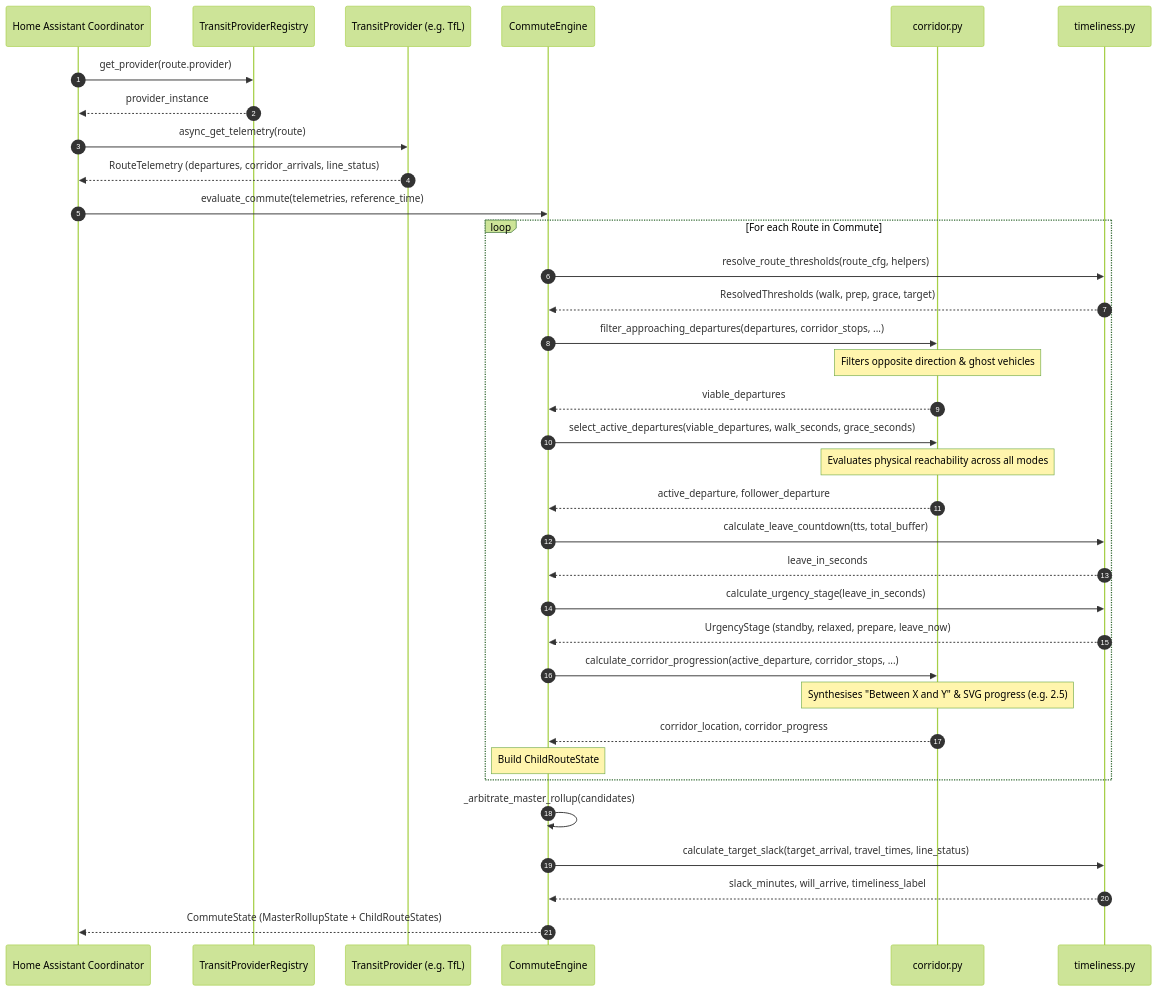
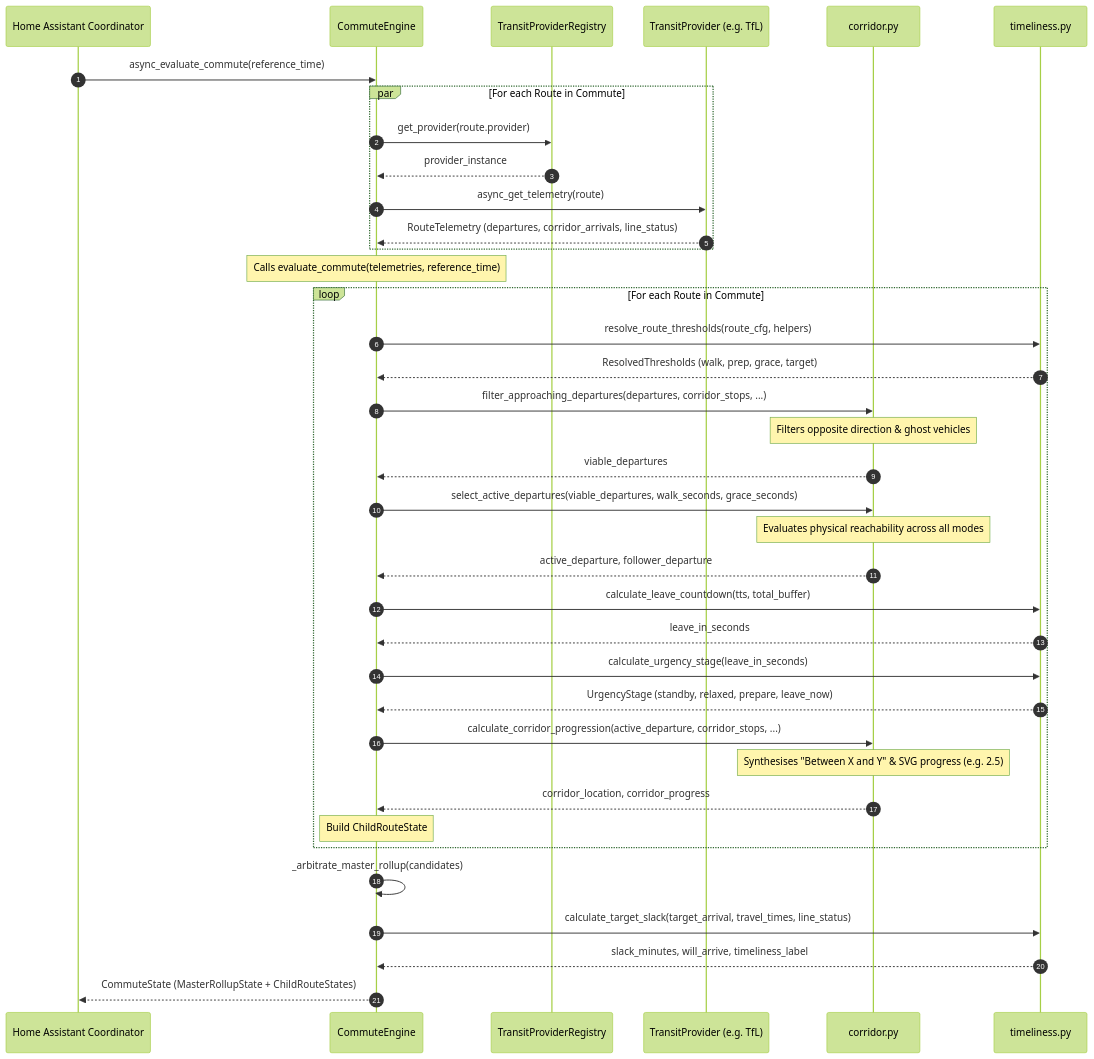
One commit to marcelkornblum/ha-commute-tracker changed the diagram in docs/control-flow.md. Above: the diagram before and after it, drawn with Mermaid (forest theme). The commit also changed other lines of this file and 7 other files, not shown here.

First line of the commit message:
feat(engine): Implement live async API calling and remove snapshot pathway

````diff
--- a/docs/control-flow.md
+++ b/docs/control-flow.md
@@ -9,48 +9,52 @@
 ```mermaid
 sequenceDiagram
     autonumber
     participant HA as Home Assistant Coordinator
+    participant Eng as CommuteEngine
     participant Reg as TransitProviderRegistry
     participant Prov as TransitProvider (e.g. TfL)
-    participant Eng as CommuteEngine
     participant Corr as corridor.py
     participant Time as timeliness.py
 
-    HA->>Reg: get_provider(route.provider)
-    Reg-->>HA: provider_instance
-    HA->>Prov: async_get_telemetry(route)
-    Prov-->>HA: RouteTelemetry (departures, corridor_arrivals, line_status)
+    HA->>Eng: async_evaluate_commute(reference_time)
 
-    HA->>Eng: evaluate_commute(telemetries, reference_time)
+    par For each Route in Commute
+        Eng->>Reg: get_provider(route.provider)
+        Reg-->>Eng: provider_instance
+        Eng->>Prov: async_get_telemetry(route)
+        Prov-->>Eng: RouteTelemetry (departures, corridor_arrivals, line_status)
+    end
+
+    Note over Eng: Calls evaluate_commute(telemetries, reference_time)
 
     loop For each Route in Commute
         Eng->>Time: resolve_route_thresholds(route_cfg, helpers)
         Time-->>Eng: ResolvedThresholds (walk, prep, grace, target)
 
         Eng->>Corr: filter_approaching_departures(departures, corridor_stops, ...)
         Note over Corr: Filters opposite direction & ghost vehicles
         Corr-->>Eng: viable_departures
 
         Eng->>Corr: select_active_departures(viable_departures, walk_seconds, grace_seconds)
         Note over Corr: Evaluates physical reachability across all modes
         Corr-->>Eng: active_departure, follower_departure
 
         Eng->>Time: calculate_leave_countdown(tts, total_buffer)
         Time-->>Eng: leave_in_seconds
 
         Eng->>Time: calculate_urgency_stage(leave_in_seconds)
         Time-->>Eng: UrgencyStage (standby, relaxed, prepare, leave_now)
 
         Eng->>Corr: calculate_corridor_progression(active_departure, corridor_stops, ...)
         Note over Corr: Synthesises "Between X and Y" & SVG progress (e.g. 2.5)
         Corr-->>Eng: corridor_location, corridor_progress
 
         Note over Eng: Build ChildRouteState
     end
 
     Eng->>Eng: _arbitrate_master_rollup(candidates)
     Eng->>Time: calculate_target_slack(target_arrival, travel_times, line_status)
     Time-->>Eng: slack_minutes, will_arrive, timeliness_label
 
     Eng-->>HA: CommuteState (MasterRollupState + ChildRouteStates)
 ```
````
